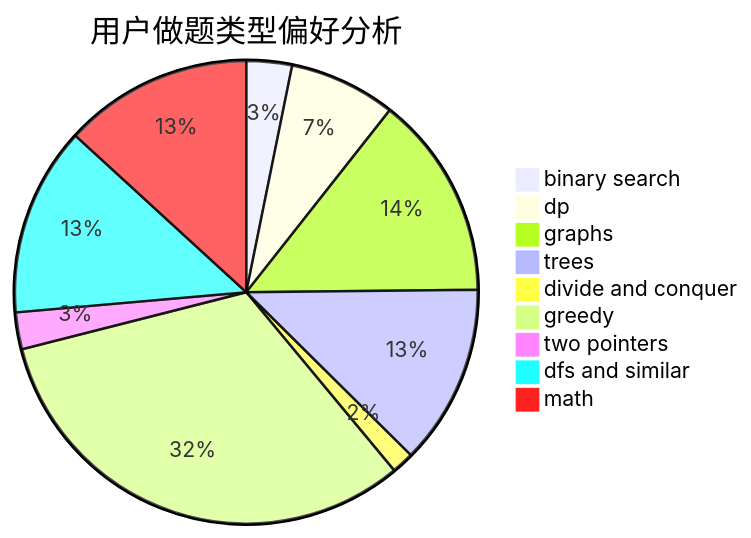
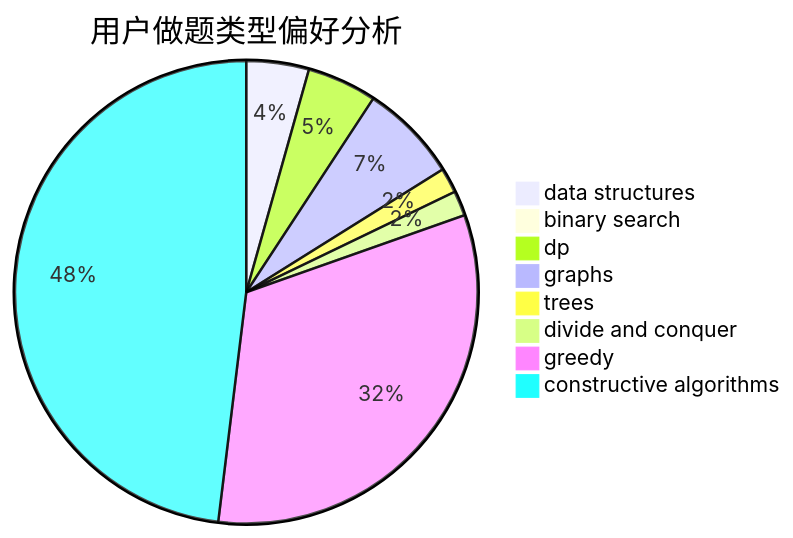
The second of 3 diagrams in docs/user/u1235.md (sherpahu/cfrs.github.io), drawn with Mermaid before and after one commit. The commit also changed other lines of this file and 2775 other files, not shown here.

````diff
--- a/docs/user/u1235.md
+++ b/docs/user/u1235.md
@@ -23,12 +23,11 @@
 ```mermaid
 pie title 用户做题类型偏好分析
-    "binary search" :  47
-    "dp" :  110
-    "graphs" :  210
-    "trees" :  186
-    "divide and conquer" :  23
-    "greedy" :  474
-    "two pointers" :  38
-    "dfs and similar" :  195
-    "math" :  195
+    "data structures" :  35
+    "binary search" :  8
+    "dp" :  39
+    "graphs" :  55
+    "trees" :  14
+    "divide and conquer" :  14
+    "greedy" :  259
+    "constructive algorithms" :  385
 ```
````
